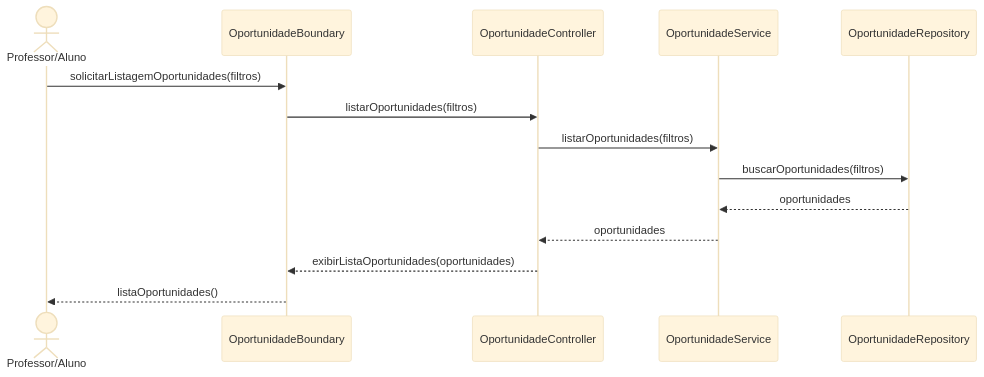
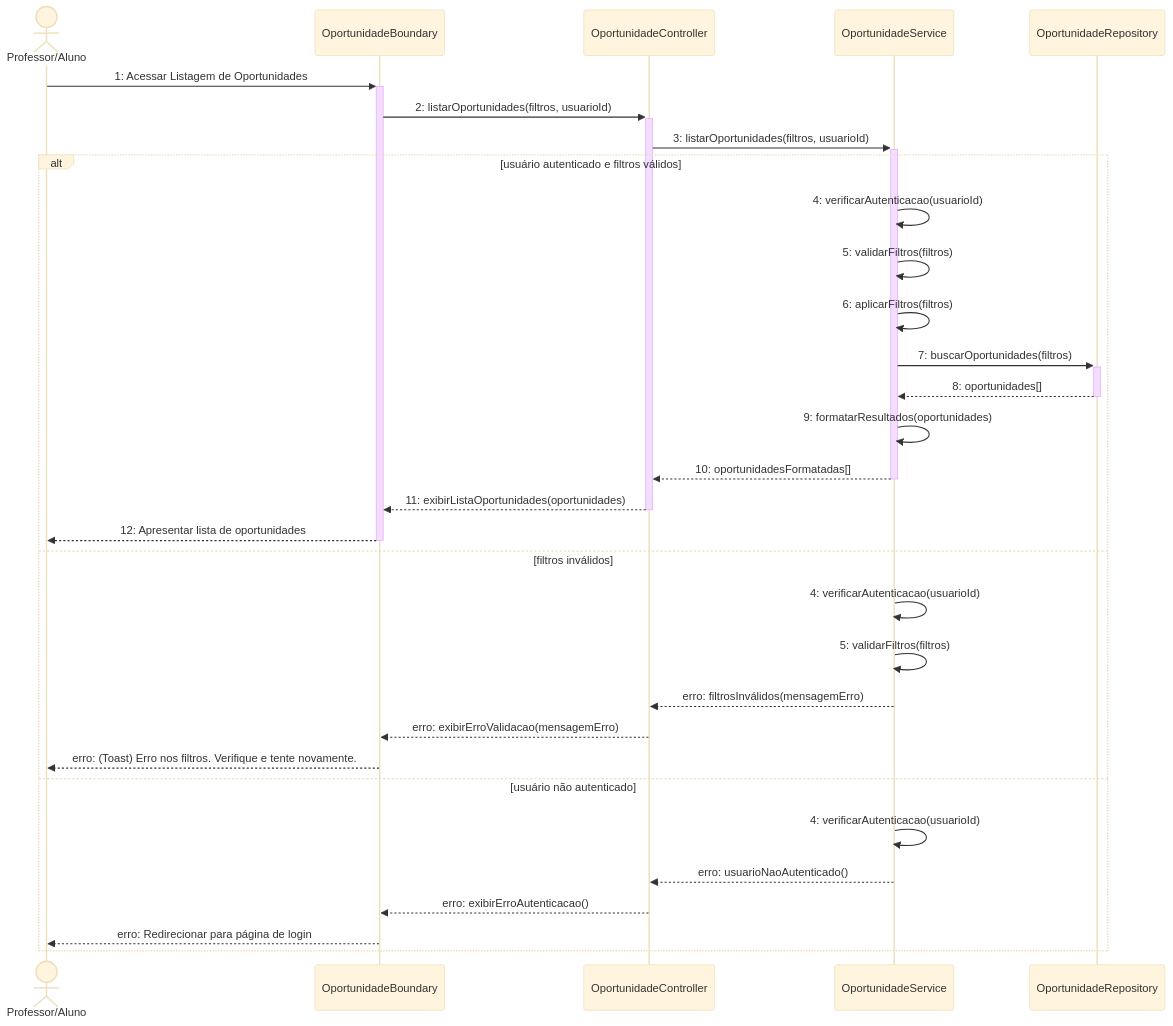
One commit to ImGabreuw/learning-management-system changed the second of 3 diagrams in docs/modeling/oportunity-recommendation-system.md. Above: the diagram before and after it, drawn with Mermaid (base theme). The commit also changed other lines of this file, not shown here.

Commit message:
refactor: enhance sequence diagrams for opportunity registration and listing

````diff
--- a/docs/modeling/oportunity-recommendation-system.md
+++ b/docs/modeling/oportunity-recommendation-system.md
@@ -27,17 +47,35 @@
 ```mermaid
 sequenceDiagram
-      actor Professor/Aluno
+      actor Usuario as Professor/Aluno
       participant boundary as OportunidadeBoundary
       participant controller as OportunidadeController
       participant service as OportunidadeService
       participant repo as OportunidadeRepository
 
-      Professor/Aluno->>boundary: solicitarListagemOportunidades(filtros)
-      boundary->>controller: listarOportunidades(filtros)
-      controller->>service: listarOportunidades(filtros)
-      service->>repo: buscarOportunidades(filtros)
-      repo-->>service: oportunidades
-      service-->>controller: oportunidades
-      controller-->>boundary: exibirListaOportunidades(oportunidades)
-      boundary-->>Professor/Aluno: listaOportunidades()
+      Usuario->>+boundary: 1: Acessar Listagem de Oportunidades
+      boundary->>+controller: 2: listarOportunidades(filtros, usuarioId)
+      controller->>+service: 3: listarOportunidades(filtros, usuarioId)
+      
+      alt usuário autenticado e filtros válidos
+          service->>service: 4: verificarAutenticacao(usuarioId)
+          service->>service: 5: validarFiltros(filtros)
+          service->>service: 6: aplicarFiltros(filtros)
+          service->>+repo: 7: buscarOportunidades(filtros)
+          repo-->>-service: 8: oportunidades[]
+          service->>service: 9: formatarResultados(oportunidades)
+          service-->>-controller: 10: oportunidadesFormatadas[]
+          controller-->>-boundary: 11: exibirListaOportunidades(oportunidades)
+          boundary-->>-Usuario: 12: Apresentar lista de oportunidades
+      else filtros inválidos
+          service->>service: 4: verificarAutenticacao(usuarioId)
+          service->>service: 5: validarFiltros(filtros)
+          service-->>controller: erro: filtrosInválidos(mensagemErro)
+          controller-->>boundary: erro: exibirErroValidacao(mensagemErro)
+          boundary-->>Usuario: erro: (Toast) Erro nos filtros. Verifique e tente novamente.
+      else usuário não autenticado
+          service->>service: 4: verificarAutenticacao(usuarioId)
+          service-->>controller: erro: usuarioNaoAutenticado()
+          controller-->>boundary: erro: exibirErroAutenticacao()
+          boundary-->>Usuario: erro: Redirecionar para página de login
+      end
 ```
````
